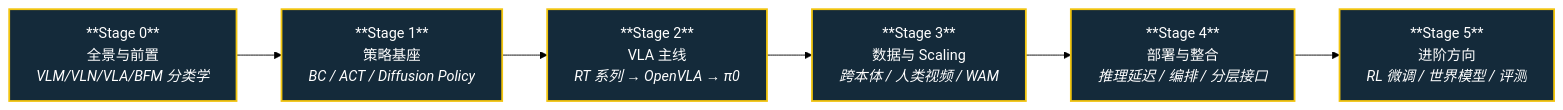
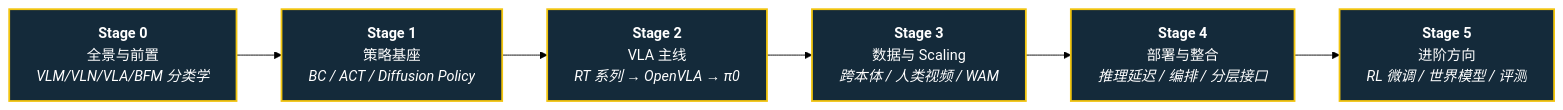
Before and after one commit to ImChong/Robotics_Notebooks: the diagram in roadmap/depth-vla.md, drawn with Mermaid (forest theme). The commit also changed 27 other files, not shown here.

First line of the commit message:
fix(ux): 修复纵深路线一览 Mermaid 节点 ** 原样显示

````diff
--- a/roadmap/depth-vla.md
+++ b/roadmap/depth-vla.md
@@ -7,14 +7,14 @@
 ```mermaid
 flowchart LR
-  S0["**Stage 0**<br/>全景与前置<br/><em>VLM/VLN/VLA/BFM 分类学</em>"]
-  S1["**Stage 1**<br/>策略基座<br/><em>BC / ACT / Diffusion Policy</em>"]
-  S2["**Stage 2**<br/>VLA 主线<br/><em>RT 系列 → OpenVLA → π0</em>"]
-  S3["**Stage 3**<br/>数据与 Scaling<br/><em>跨本体 / 人类视频 / WAM</em>"]
-  S4["**Stage 4**<br/>部署与整合<br/><em>推理延迟 / 编排 / 分层接口</em>"]
-  S5["**Stage 5**<br/>进阶方向<br/><em>RL 微调 / 世界模型 / 评测</em>"]
+  S0["<b>Stage 0</b><br/>全景与前置<br/><em>VLM/VLN/VLA/BFM 分类学</em>"]
+  S1["<b>Stage 1</b><br/>策略基座<br/><em>BC / ACT / Diffusion Policy</em>"]
+  S2["<b>Stage 2</b><br/>VLA 主线<br/><em>RT 系列 → OpenVLA → π0</em>"]
+  S3["<b>Stage 3</b><br/>数据与 Scaling<br/><em>跨本体 / 人类视频 / WAM</em>"]
+  S4["<b>Stage 4</b><br/>部署与整合<br/><em>推理延迟 / 编排 / 分层接口</em>"]
+  S5["<b>Stage 5</b><br/>进阶方向<br/><em>RL 微调 / 世界模型 / 评测</em>"]
 
   S0 --> S1 --> S2 --> S3 --> S4 --> S5
 
   classDef stage fill:#142a3a,stroke:#f1c40f,stroke-width:2px,color:#fff
   class S0,S1,S2,S3,S4,S5 stage
 ```
````
